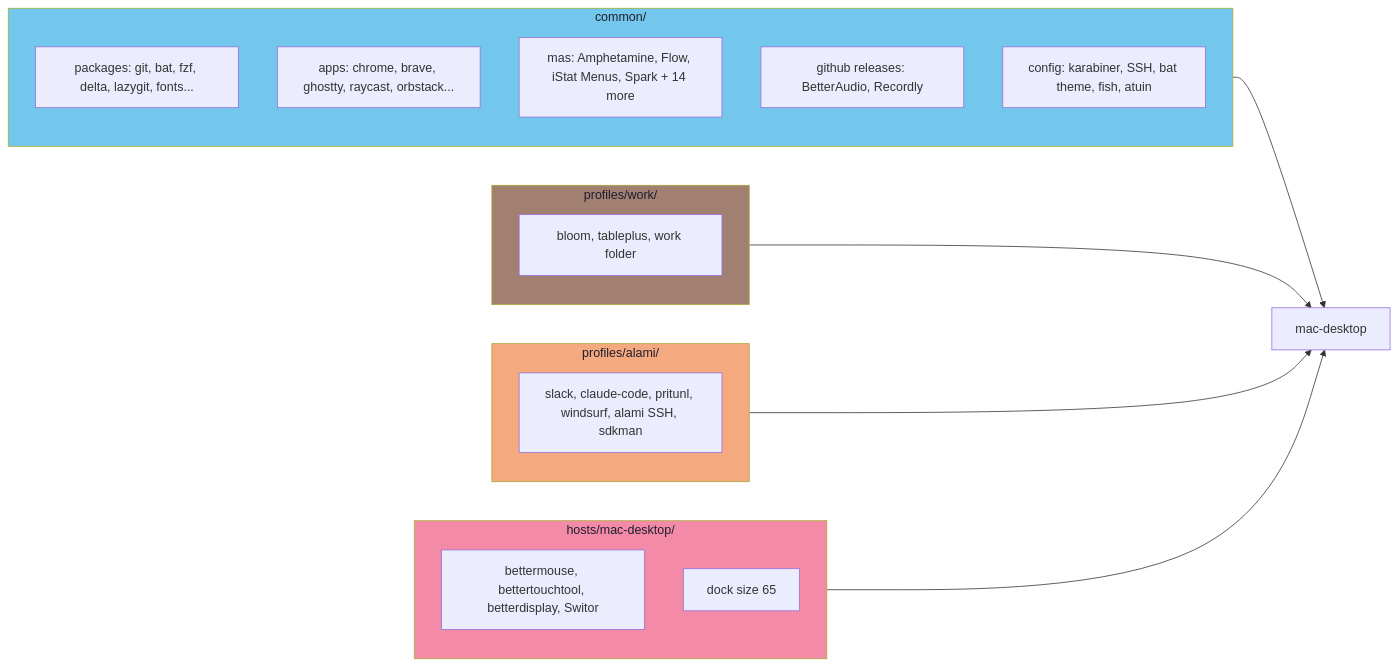
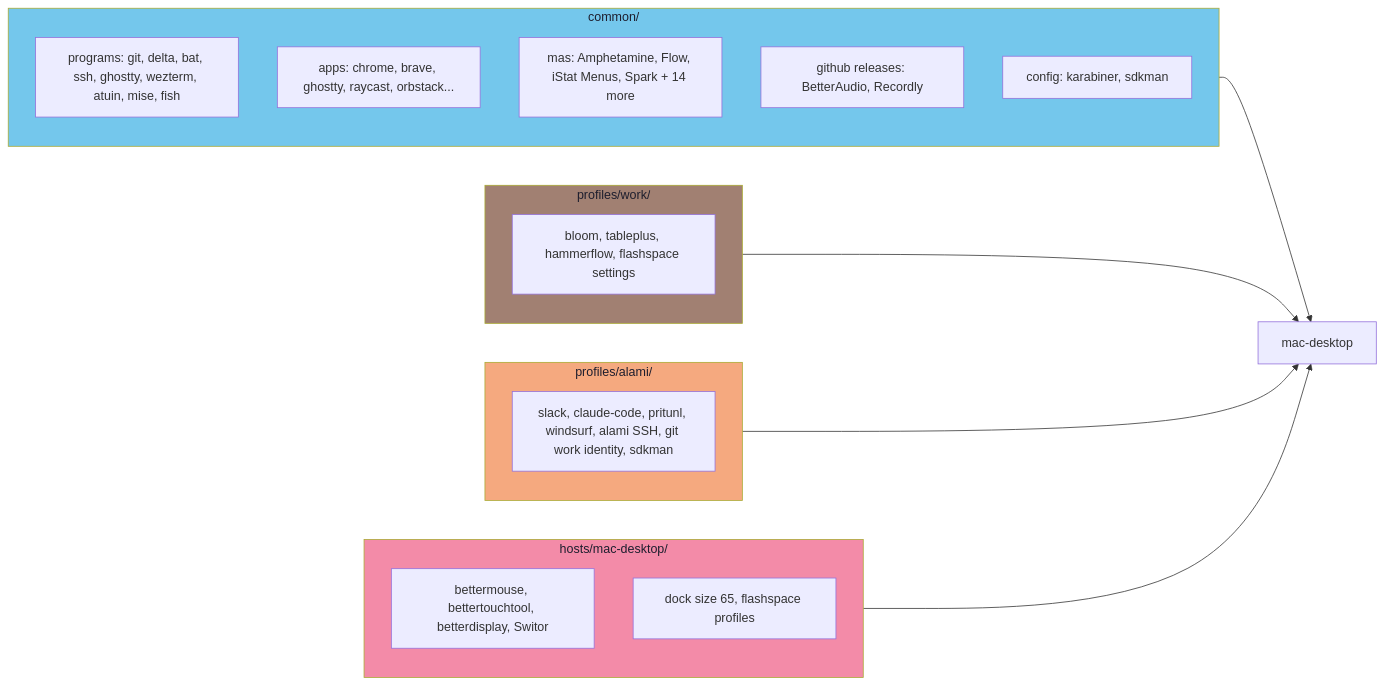
The second of 5 diagrams in docs/architecture.md (milhamh95/nix-config), drawn with Mermaid before and after one commit. The commit also changed other lines of this file and 5 other files, not shown here.

First line of the commit message:
fix: remove duplicate packages, fix mise config, update docs

````diff
--- a/docs/architecture.md
+++ b/docs/architecture.md
@@ -345,35 +360,35 @@
 ```mermaid
 flowchart LR
     subgraph common["common/"]
-        c_pkg["packages: git, bat, fzf, delta, lazygit, fonts..."]
+        c_pkg["programs: git, delta, bat, ssh, ghostty, wezterm, atuin, mise, fish"]
         c_app["apps: chrome, brave, ghostty, raycast, orbstack..."]
         c_mas["mas: Amphetamine, Flow, iStat Menus, Spark + 14 more"]
         c_gh["github releases: BetterAudio, Recordly"]
-        c_cfg["config: karabiner, SSH, bat theme, fish, atuin"]
+        c_cfg["config: karabiner, sdkman"]
     end
 
     subgraph work["profiles/work/"]
-        w["bloom, tableplus, work folder"]
+        w["bloom, tableplus, hammerflow, flashspace settings"]
     end
 
     subgraph alami["profiles/alami/"]
-        a["slack, claude-code, pritunl, windsurf, alami SSH, sdkman"]
+        a["slack, claude-code, pritunl, windsurf, alami SSH, git work identity, sdkman"]
     end
 
     subgraph host["hosts/mac-desktop/"]
         h["bettermouse, bettertouchtool, betterdisplay, Switor"]
-        h_sys["dock size 65"]
+        h_sys["dock size 65, flashspace profiles"]
     end
 
     result["mac-desktop"]
 
     common --> result
     work --> result
     alami --> result
     host --> result
 
     style common fill:#74c7ec,color:#1e1e2e
     style work fill:#a18072,color:#1e1e2e
     style alami fill:#f5a97f,color:#1e1e2e
     style host fill:#f38ba8,color:#1e1e2e
 ```
````
